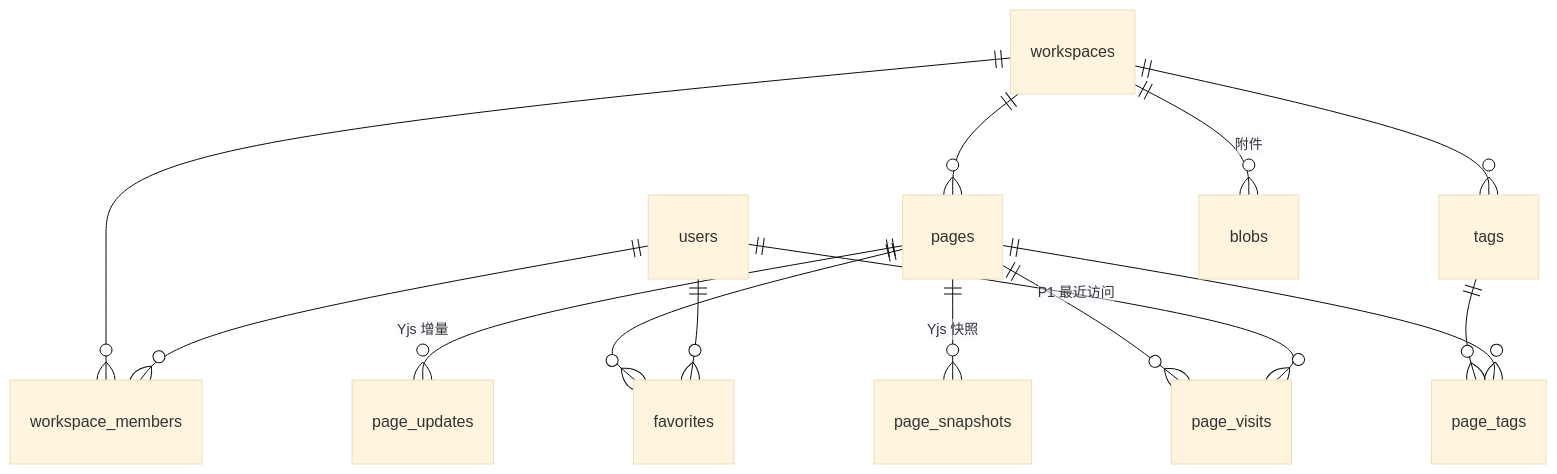
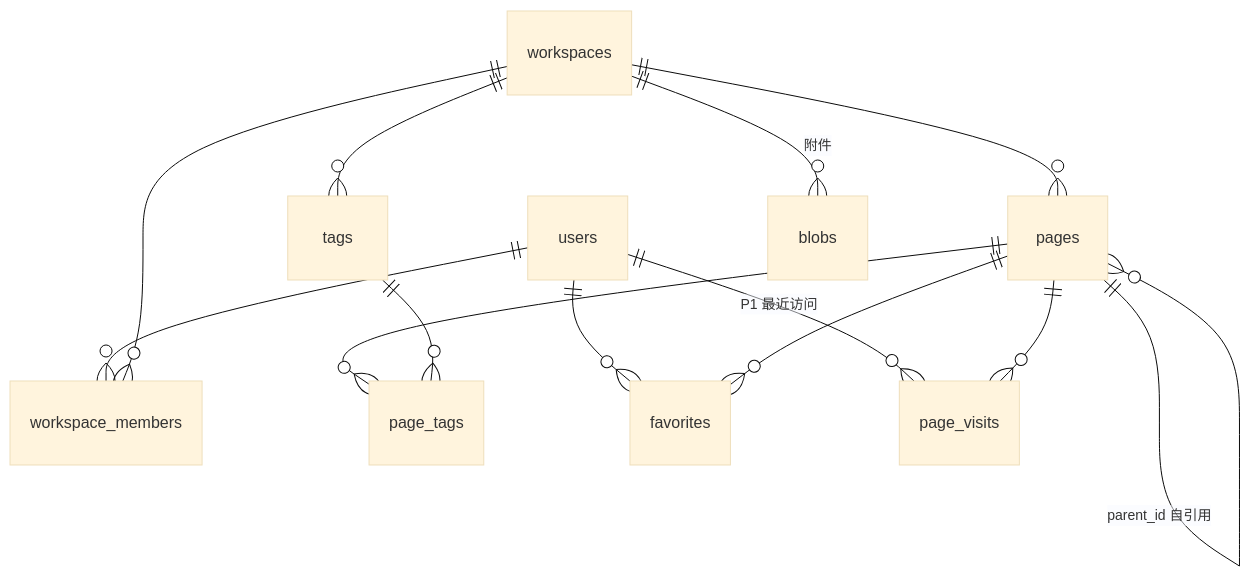
Before and after one commit to turntoarctic/linkbase: the diagram in docs/08-数据模型与存储.md, drawn with Mermaid (base theme). The commit also changed other lines of this file and 15 other files, not shown here.

````diff
--- a/docs/08-数据模型与存储.md
+++ b/docs/08-数据模型与存储.md
@@ -19,16 +19,15 @@
 ```mermaid
 erDiagram
     users ||--o{ workspace_members : ""
     workspaces ||--o{ workspace_members : ""
     workspaces ||--o{ pages : ""
     workspaces ||--o{ tags : ""
-    pages ||--o{ page_updates : "Yjs 增量"
-    pages ||--o{ page_snapshots : "Yjs 快照"
+    pages ||--o{ pages : "parent_id 自引用"
     pages ||--o{ page_tags : ""
     tags ||--o{ page_tags : ""
     users ||--o{ favorites : ""
     pages ||--o{ favorites : ""
     users ||--o{ page_visits : "P1 最近访问"
     pages ||--o{ page_visits : ""
     workspaces ||--o{ blobs : "附件"
 ```
````
